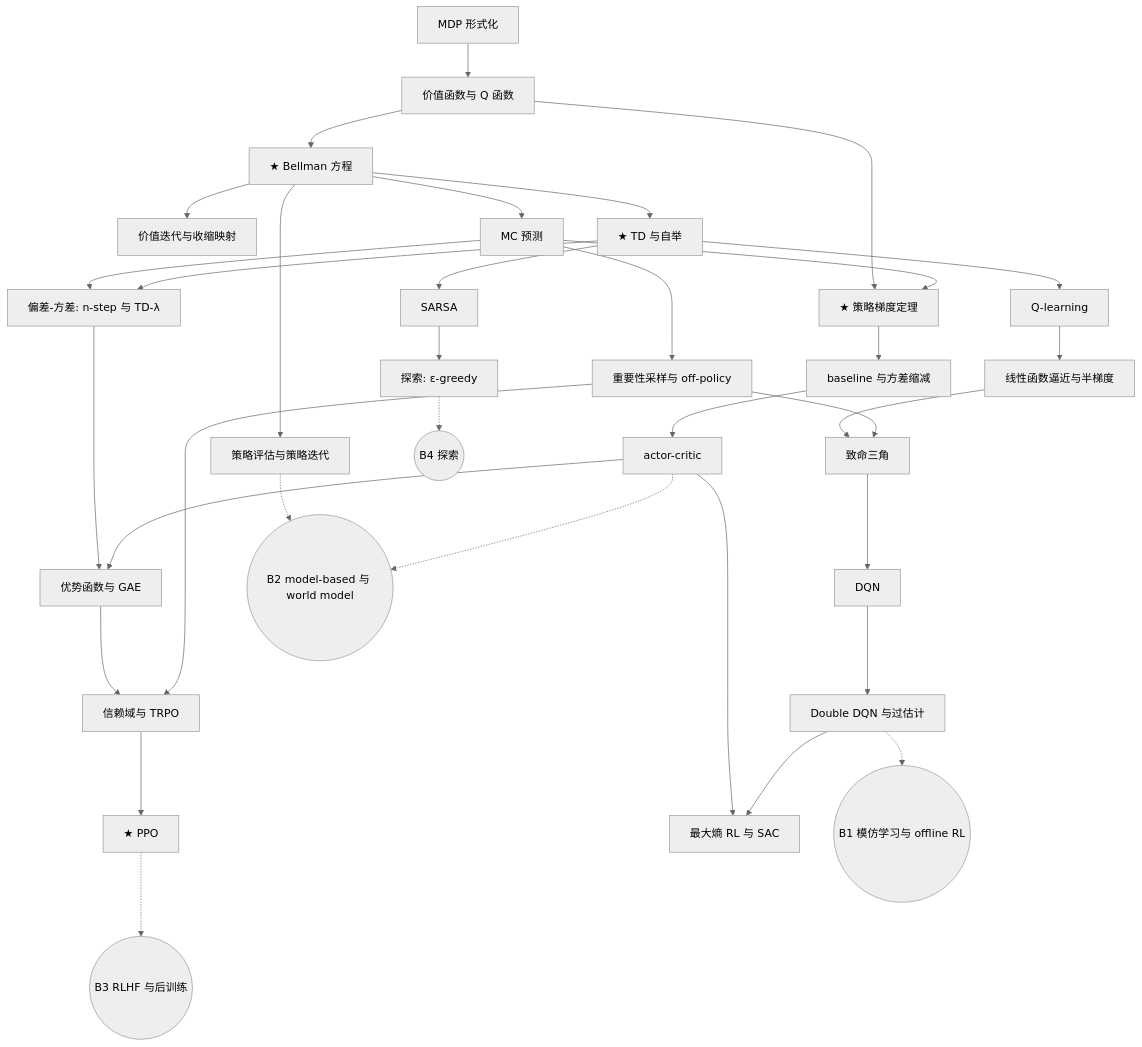
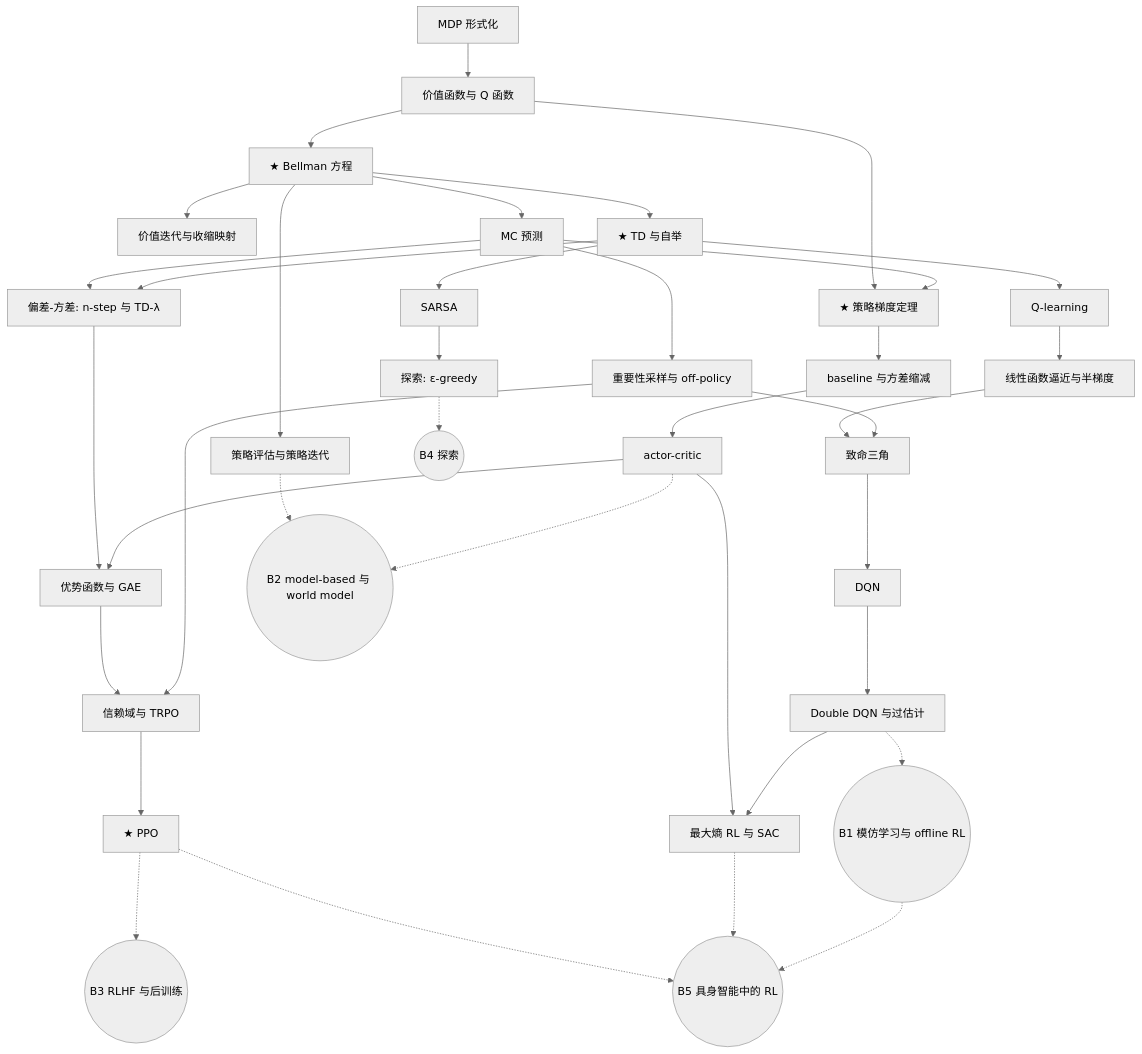
One commit to wnov/AI-Developer-Learning-Resource changed the diagram in graph.md. Above: the diagram before and after it, drawn with Mermaid (neutral theme). The commit also changed other lines of this file and 3 other files, not shown here.

````diff
--- a/graph.md
+++ b/graph.md
@@ -12,37 +13,40 @@
 ```mermaid
 graph TD
   S1.1[MDP 形式化] --> S1.2[价值函数与 Q 函数]
   S1.2 --> S1.3[★ Bellman 方程]
   S1.3 --> S1.4[策略评估与策略迭代]
   S1.3 --> S1.5[价值迭代与收缩映射]
   S1.3 --> S2.1[MC 预测]
   S1.3 --> S2.2[★ TD 与自举]
   S2.1 --> S2.3[偏差-方差: n-step 与 TD-λ]
   S2.2 --> S2.3
   S2.2 --> S2.4[SARSA]
   S2.2 --> S2.5[Q-learning]
   S2.4 --> S2.6[探索: ε-greedy]
   S2.1 --> S2.7[重要性采样与 off-policy]
   S2.5 --> S3.1[线性函数逼近与半梯度]
   S3.1 --> S3.2[致命三角]
   S2.7 --> S3.2
   S3.2 --> S3.3[DQN]
   S3.3 --> S3.4[Double DQN 与过估计]
   S1.2 --> S4.1[★ 策略梯度定理]
   S2.1 --> S4.1
   S4.1 --> S4.2[baseline 与方差缩减]
   S4.2 --> S4.3[actor-critic]
   S2.3 --> S4.4[优势函数与 GAE]
   S4.3 --> S4.4
   S4.4 --> S5.1[信赖域与 TRPO]
   S2.7 --> S5.1
   S5.1 --> S5.2[★ PPO]
   S4.3 --> S5.3[最大熵 RL 与 SAC]
   S3.4 --> S5.3
 
   S3.4 -.-> B1((B1 模仿学习与 offline RL))
   S1.4 -.-> B2((B2 model-based 与 world model))
   S4.3 -.-> B2
   S5.2 -.-> B3((B3 RLHF 与后训练))
   S2.6 -.-> B4((B4 探索))
+  S5.2 -.-> B5((B5 具身智能中的 RL))
+  S5.3 -.-> B5
+  B1 -.-> B5
 ```
````
